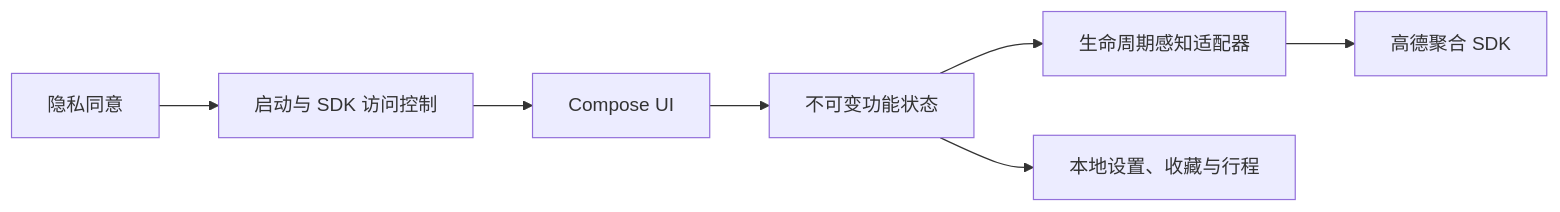
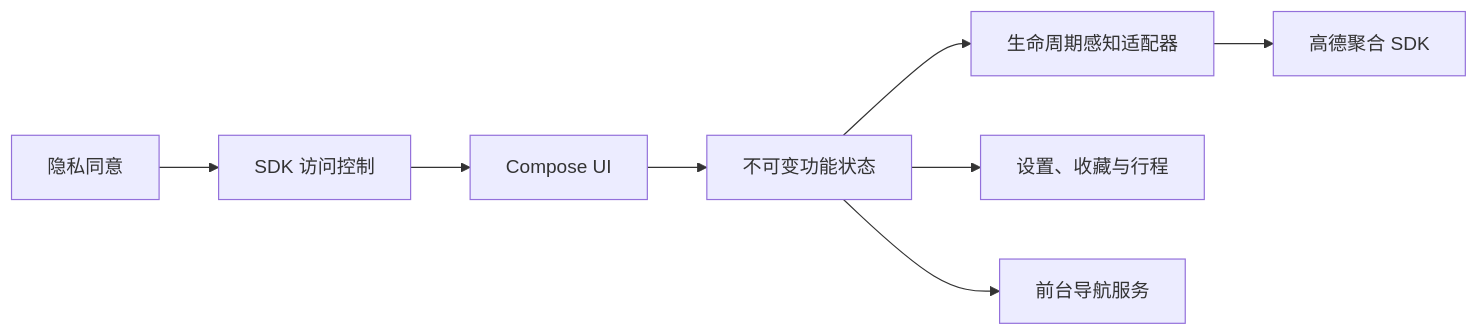
The diagram in README.md (qaz6750/SimpleMap), drawn with Mermaid before and after one commit. The commit also changed other lines of this file, not shown here.

````diff
--- a/README.md
+++ b/README.md
@@ -167,9 +204,10 @@
 ```mermaid
 flowchart LR
-	 Consent[隐私同意] --> Startup[启动与 SDK 访问控制]
-	 Startup --> UI[Compose UI]
-	 UI --> State[不可变功能状态]
-	 State --> Adapters[生命周期感知适配器]
-	 Adapters --> AMap[高德聚合 SDK]
-	 State --> Stores[本地设置、收藏与行程]
+		Consent[隐私同意] --> Startup[SDK 访问控制]
+		Startup --> UI[Compose UI]
+		UI --> State[不可变功能状态]
+		State --> Adapters[生命周期感知适配器]
+		Adapters --> AMap[高德聚合 SDK]
+		State --> Stores[设置、收藏与行程]
+		State --> Service[前台导航服务]
 ```
````
